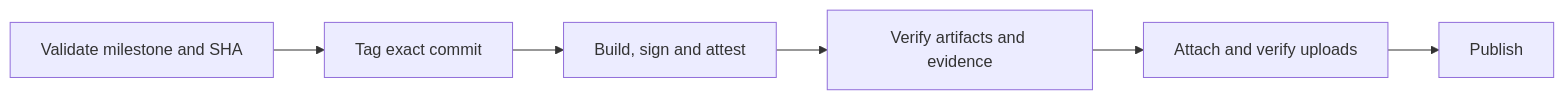
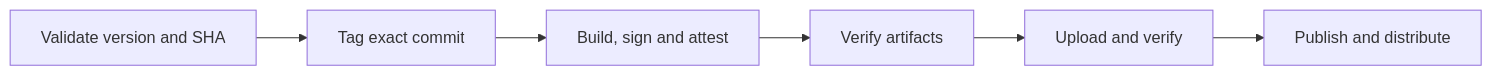
Before and after one commit to cloudposse/atmos: the diagram in website/blog/2026-10-21-release-identity-and-verification.mdx, drawn with Mermaid. The commit also changed other lines of this file, not shown here.

````diff
--- a/website/blog/2026-10-21-release-identity-and-verification.mdx
+++ b/website/blog/2026-10-21-release-identity-and-verification.mdx
@@ -35,8 +35,8 @@
 ```mermaid
 flowchart LR
-  A[Validate milestone and SHA] --> B[Tag exact commit]
+  A[Validate version and SHA] --> B[Tag exact commit]
   B --> C[Build, sign and attest]
-  C --> D[Verify artifacts and evidence]
-  D --> E[Attach and verify uploads]
-  E --> F[Publish]
+  C --> D[Verify artifacts]
+  D --> E[Upload and verify]
+  E --> F[Publish and distribute]
 ```
````
